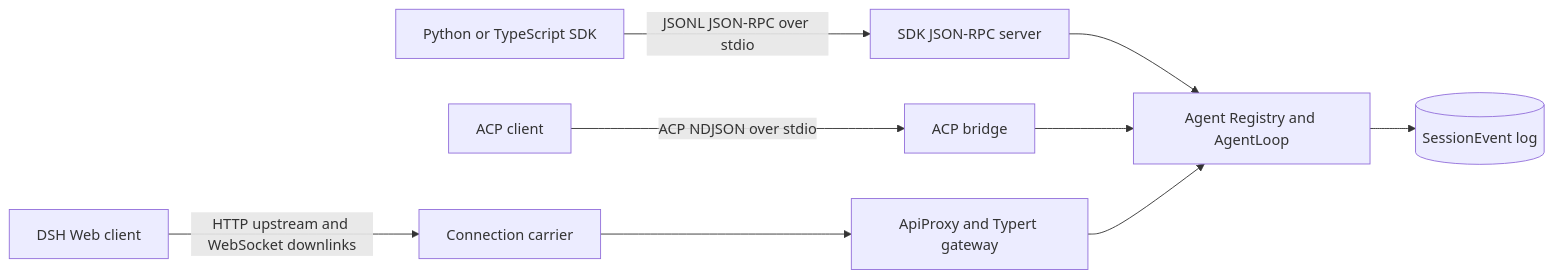
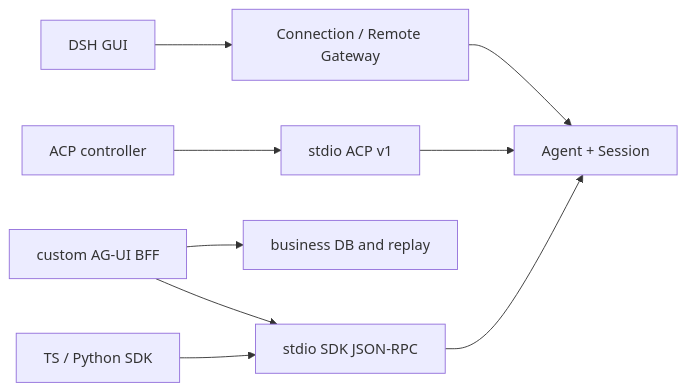
The diagram in how-dsh-works/07-sdk-jsonrpc-acp-and-web-host.md (eriklee1895/hands-on-dsh), drawn with Mermaid before and after one commit. The commit also changed other lines of this file and 56 other files, not shown here.

````diff
--- a/how-dsh-works/07-sdk-jsonrpc-acp-and-web-host.md
+++ b/how-dsh-works/07-sdk-jsonrpc-acp-and-web-host.md
@@ -11,12 +41,11 @@
 ```mermaid
 flowchart LR
-    SDK[Python or TypeScript SDK] -->|JSONL JSON-RPC over stdio| SDKServer[SDK JSON-RPC server]
-    ACPClient[ACP client] -->|ACP NDJSON over stdio| ACPServer[ACP bridge]
-    Browser[DSH Web client] -->|HTTP upstream and WebSocket downlinks| Connection[Connection carrier]
-
-    SDKServer --> Agents[Agent Registry and AgentLoop]
-    ACPServer --> Agents
-    Connection --> ApiProxy[ApiProxy and Typert gateway]
-    ApiProxy --> Agents
-    Agents --> Session[(SessionEvent log)]
+    SDK["TS / Python SDK"] --> S["stdio SDK JSON-RPC"]
+    ACP["ACP controller"] --> A["stdio ACP v1"]
+    WEB["DSH GUI"] --> W["Connection / Remote Gateway"]
+    S --> CORE["Agent + Session"]
+    A --> CORE
+    W --> CORE
+    BFF["custom AG-UI BFF"] --> S
+    BFF --> DB["business DB and replay"]
 ```
````
